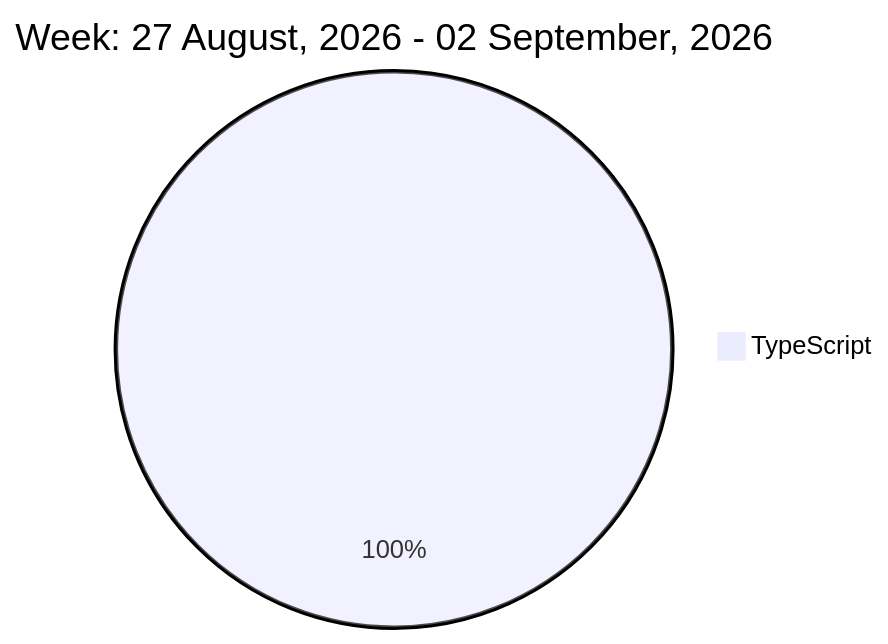
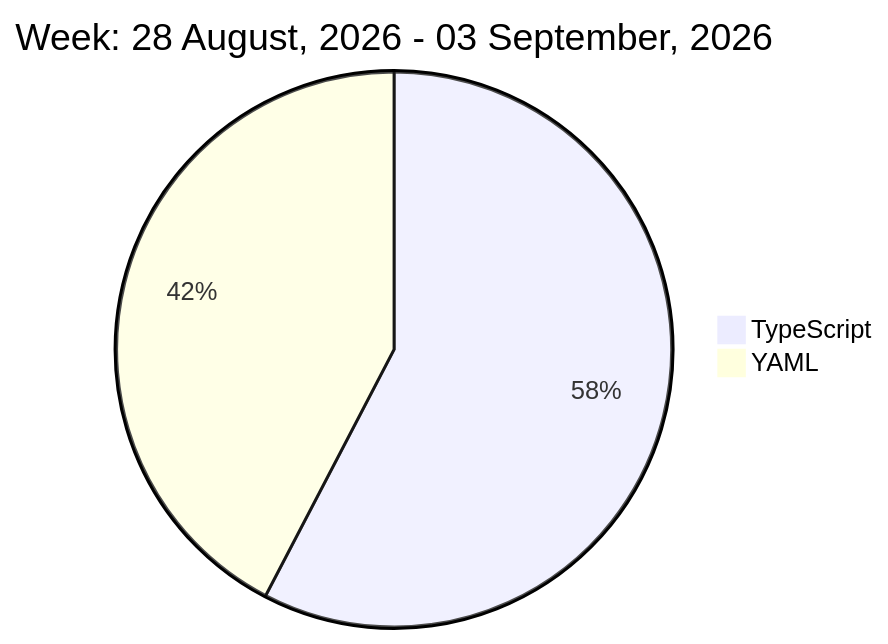
Before and after one commit to liubin95/liubin95: the diagram in README.md, drawn with Mermaid.

Commit message:
Updated the Graph with new Metrics

````diff
--- a/README.md
+++ b/README.md
@@ -32,5 +32,6 @@
 ```mermaid
  pie
-title Week: 27 August, 2026 - 02 September, 2026
- "TypeScript" : 3.98
+title Week: 28 August, 2026 - 03 September, 2026
+ "TypeScript" : 2.9
+ "YAML" : 2.13
 ```
````
